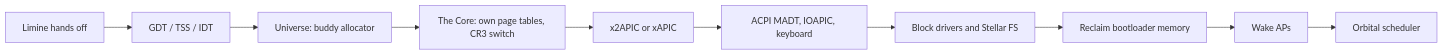
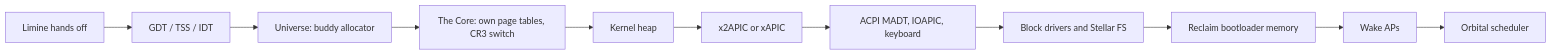
The first of 2 diagrams in docs/ARCHITECTURE.md (Trushi28/Aphelion), drawn with Mermaid before and after one commit. The commit also changed other lines of this file and 13 other files, not shown here.

````diff
--- a/docs/ARCHITECTURE.md
+++ b/docs/ARCHITECTURE.md
@@ -22,12 +23,13 @@
 ```mermaid
 flowchart LR
   A["Limine hands off"] --> B["GDT / TSS / IDT"]
   B --> C["Universe: buddy allocator"]
   C --> D["The Core: own page tables, CR3 switch"]
-  D --> E["x2APIC or xAPIC"]
+  D --> D2["Kernel heap"]
+  D2 --> E["x2APIC or xAPIC"]
   E --> F["ACPI MADT, IOAPIC, keyboard"]
   F --> G["Block drivers and Stellar FS"]
   G --> H["Reclaim bootloader memory"]
   H --> I["Wake APs"]
   I --> J["Orbital scheduler"]
 ```
````
